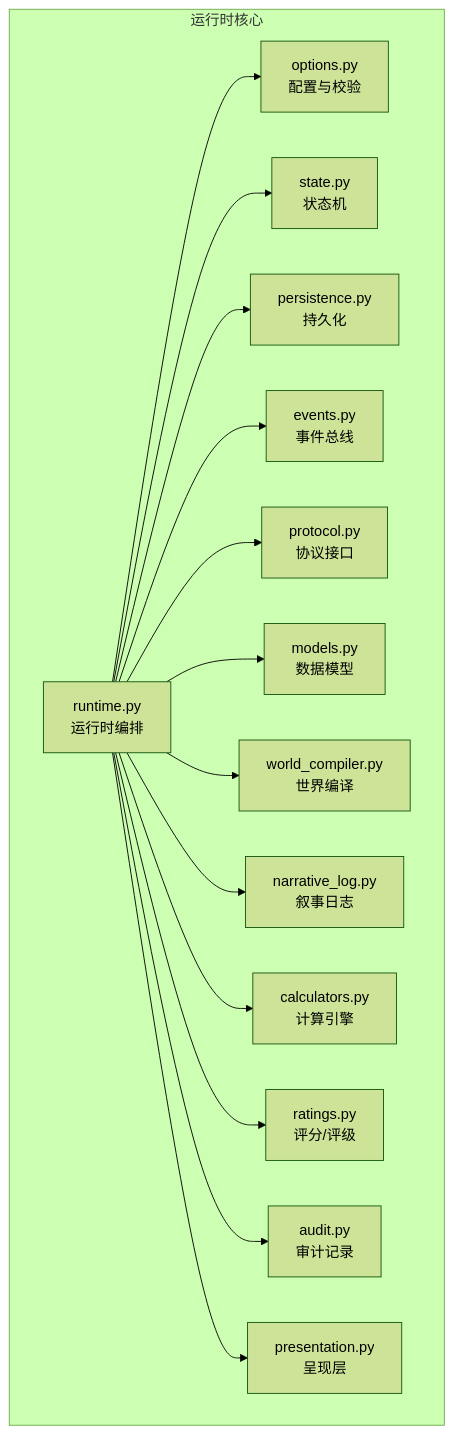
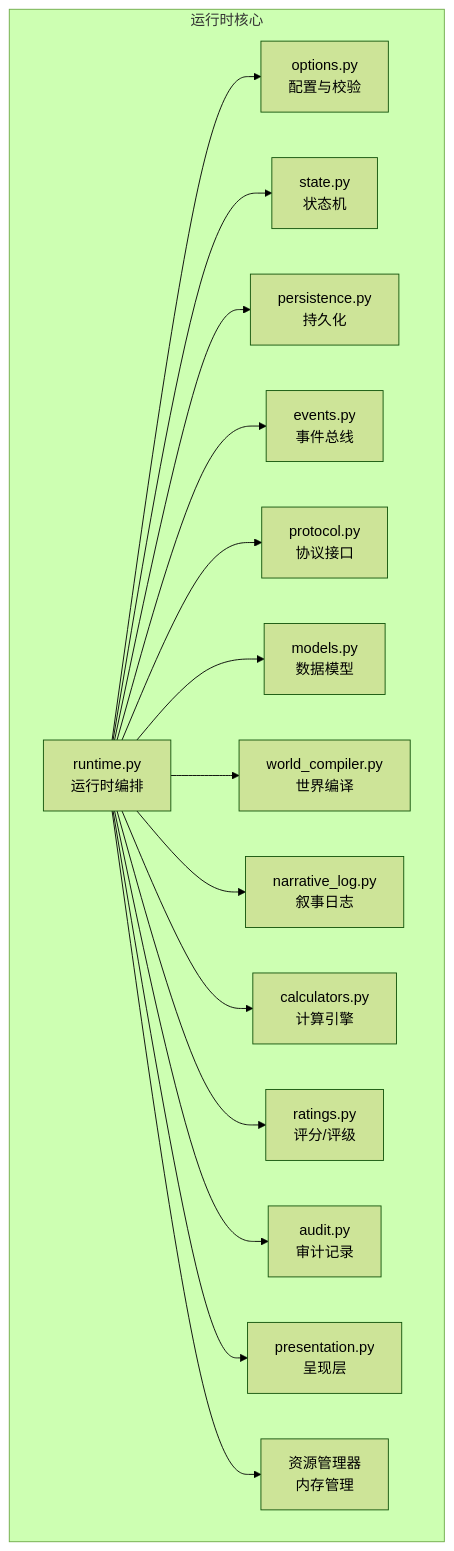
The first of 12 diagrams in .qoder/repowiki/zh/content/运行时系统/运行时核心.md (Ivandanslespace/thegreatnovel), drawn with Mermaid (forest theme) before and after one commit. The commit also changed other lines of this file and 64 other files, not shown here.

````diff
--- a/.qoder/repowiki/zh/content/运行时系统/运行时核心.md
+++ b/.qoder/repowiki/zh/content/运行时系统/运行时核心.md
@@ -46,30 +55,32 @@
 ```mermaid
 graph TB
 subgraph "运行时核心"
 RT["runtime.py<br/>运行时编排"]
 OPT["options.py<br/>配置与校验"]
 ST["state.py<br/>状态机"]
 PERS["persistence.py<br/>持久化"]
 EVT["events.py<br/>事件总线"]
 PROTO["protocol.py<br/>协议接口"]
 MODELS["models.py<br/>数据模型"]
 WC["world_compiler.py<br/>世界编译"]
 NL["narrative_log.py<br/>叙事日志"]
 CALC["calculators.py<br/>计算引擎"]
 RAT["ratings.py<br/>评分/评级"]
 AUD["audit.py<br/>审计记录"]
 PRE["presentation.py<br/>呈现层"]
+RM["资源管理器<br/>内存管理"]
 end
 RT --> OPT
 RT --> ST
 RT --> PERS
 RT --> EVT
 RT --> PROTO
 RT --> MODELS
 RT --> WC
 RT --> NL
 RT --> CALC
 RT --> RAT
 RT --> AUD
 RT --> PRE
+RT --> RM
 ```
````
